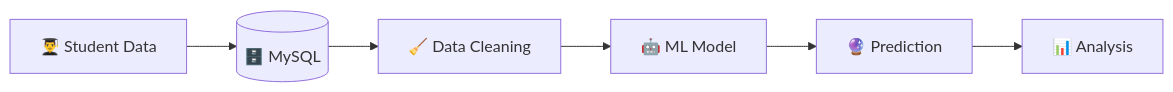
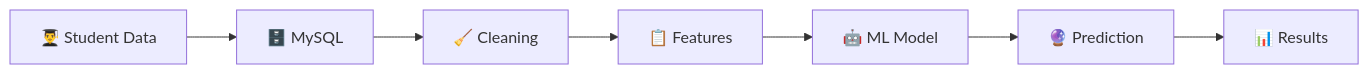
The diagram in README.md (TGVASIYO/Offline-AI-Voice-Assistant), drawn with Mermaid before and after one commit. The commit also changed other lines of this file, not shown here.

````diff
--- a/README.md
+++ b/README.md
@@ -25,8 +57,9 @@
 ```mermaid
 flowchart LR
-A[👨‍🎓 Student Data] --> B[(🗄️ MySQL)]
-B --> C[🧹 Data Cleaning]
-C --> D[🤖 ML Model]
-D --> E[🔮 Prediction]
-E --> F[📊 Analysis]
+A["👨‍🎓 Student Data"] --> B["🗄️ MySQL"]
+B --> C["🧹 Cleaning"]
+C --> D["📋 Features"]
+D --> E["🤖 ML Model"]
+E --> F["🔮 Prediction"]
+F --> G["📊 Results"]
 ```
````
